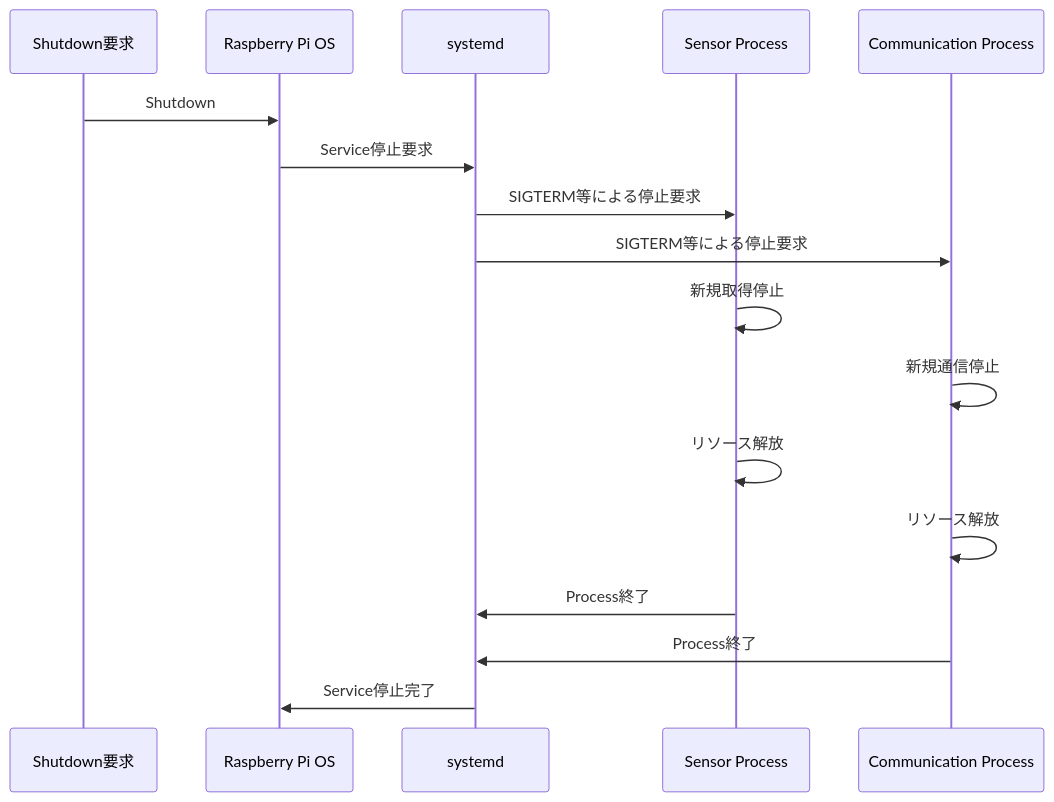
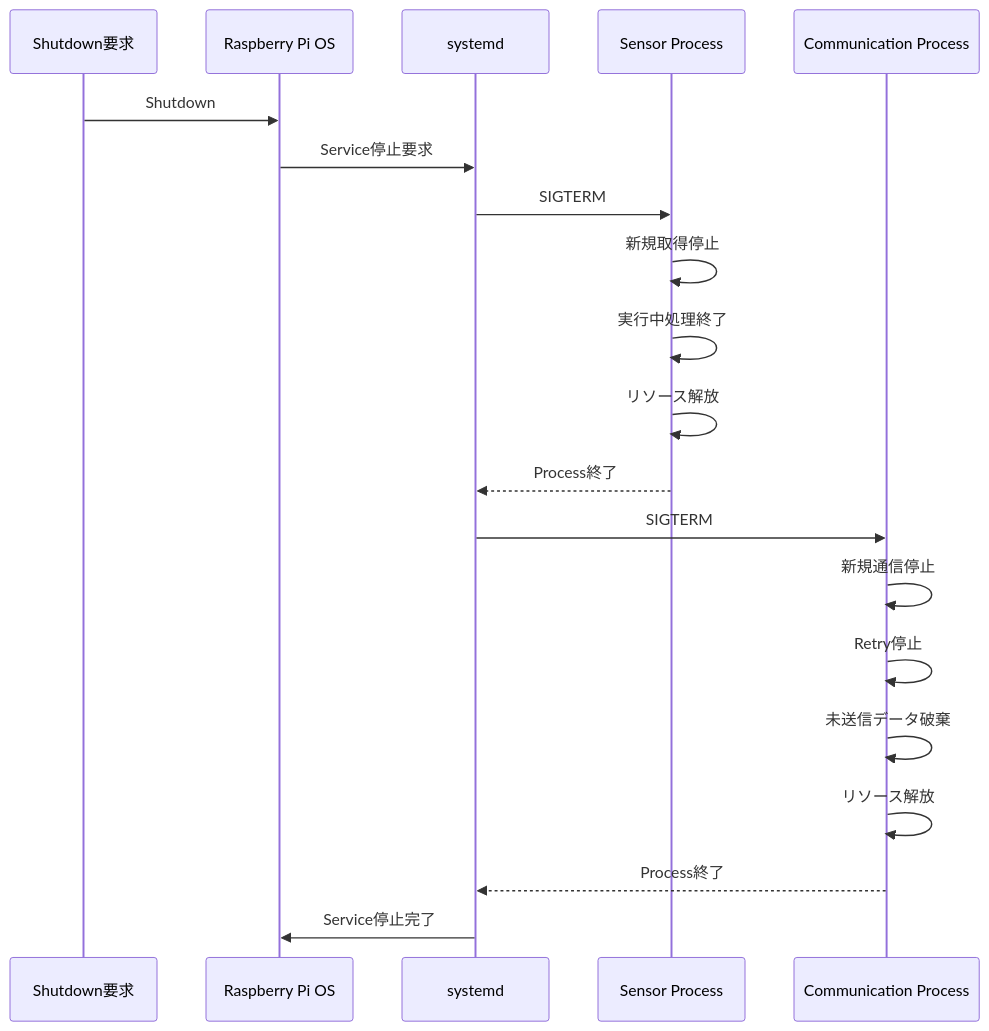
Before and after one commit to yujimasuda77777/Raspberry_Pi_4B_Edge_IoT_System: the seventh of 15 diagrams in docs/06_system_management_security.md, drawn with Mermaid. The commit also changed other lines of this file and 1 other file, not shown here.

````diff
--- a/docs/06_system_management_security.md
+++ b/docs/06_system_management_security.md
@@ -339,25 +383,26 @@
 ```mermaid
 sequenceDiagram
     participant User as Shutdown要求
     participant OS as Raspberry Pi OS
     participant SD as systemd
     participant SP as Sensor Process
     participant CP as Communication Process
 
     User->>OS: Shutdown
     OS->>SD: Service停止要求
 
-    SD->>SP: SIGTERM等による停止要求
-    SD->>CP: SIGTERM等による停止要求
+    SD->>SP: SIGTERM
+    SP->>SP: 新規取得停止
+    SP->>SP: 実行中処理終了
+    SP->>SP: リソース解放
+    SP-->>SD: Process終了
 
-    SP->>SP: 新規取得停止
+    SD->>CP: SIGTERM
     CP->>CP: 新規通信停止
-
-    SP->>SP: リソース解放
+    CP->>CP: Retry停止
+    CP->>CP: 未送信データ破棄
     CP->>CP: リソース解放
-
-    SP->>SD: Process終了
-    CP->>SD: Process終了
+    CP-->>SD: Process終了
 
     SD->>OS: Service停止完了
 ```
````
